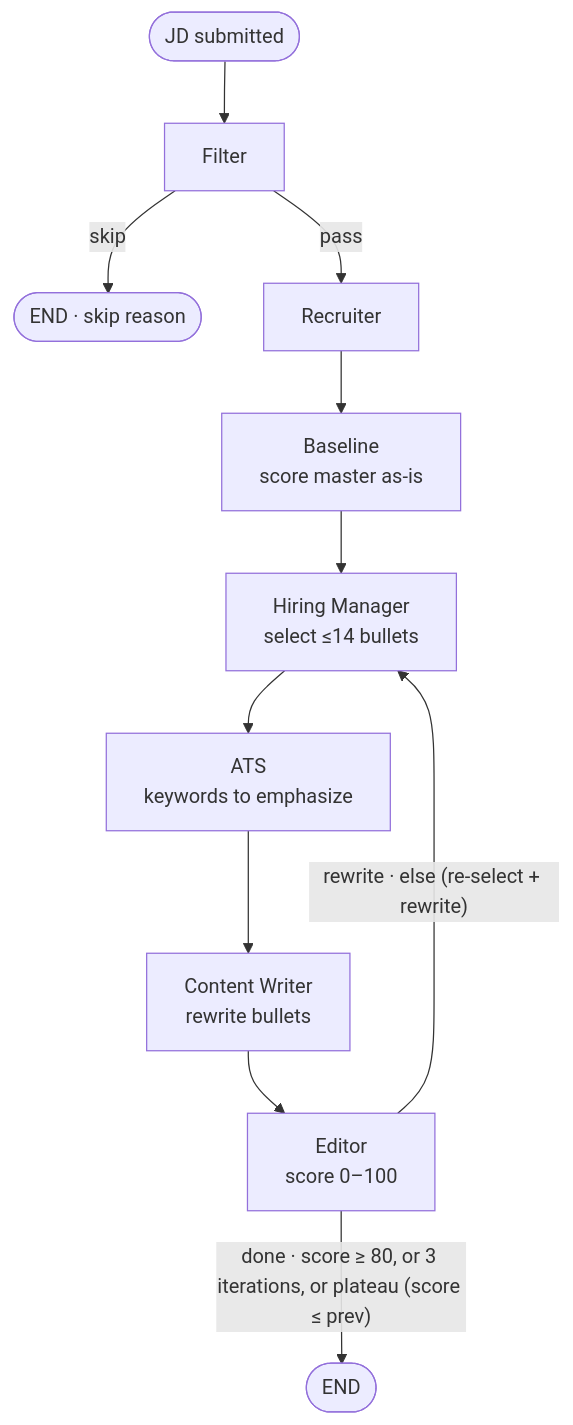
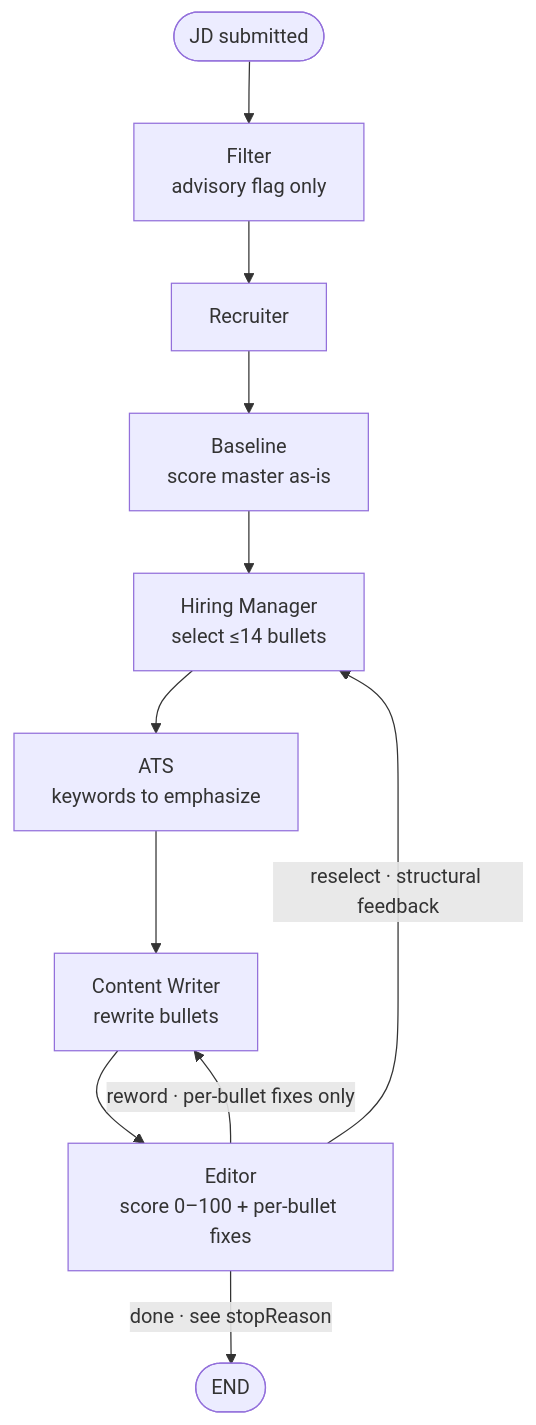
Before and after one commit to arelekar23/resume-builder: the first of 2 diagrams in README.md, drawn with Mermaid. The commit also changed other lines of this file and 5 other files, not shown here.

````diff
--- a/README.md
+++ b/README.md
@@ -85,13 +95,13 @@
 ```mermaid
 flowchart TD
-    S([JD submitted]) --> F[Filter]
-    F -->|skip| E1([END · skip reason])
-    F -->|pass| R[Recruiter]
+    S([JD submitted]) --> F[Filter<br/>advisory flag only]
+    F --> R[Recruiter]
     R --> B[Baseline<br/>score master as-is]
     B --> H[Hiring Manager<br/>select ≤14 bullets]
     H --> A[ATS<br/>keywords to emphasize]
     A --> C[Content Writer<br/>rewrite bullets]
-    C --> ED[Editor<br/>score 0–100]
-    ED -->|"rewrite · else (re-select + rewrite)"| H
-    ED -->|"done · score ≥ 80, or 3 iterations, or plateau (score ≤ prev)"| E2([END])
+    C --> ED[Editor<br/>score 0–100 + per-bullet fixes]
+    ED -->|"reselect · structural feedback"| H
+    ED -->|"reword · per-bullet fixes only"| C
+    ED -->|"done · see stopReason"| E2([END])
 ```
````
